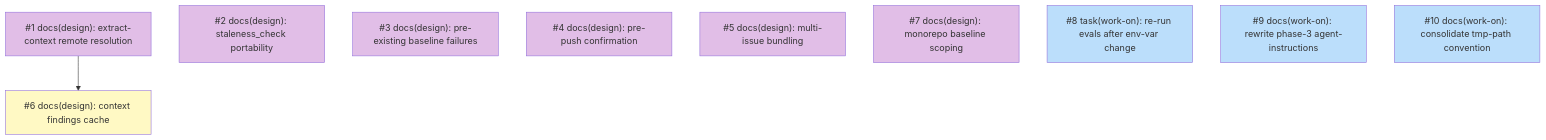
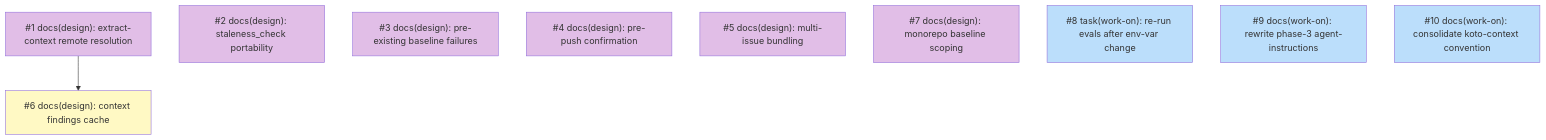
Before and after one commit to tsukumogami/shirabe: the diagram in docs/plans/PLAN-work-on-friction-fixes.md, drawn with Mermaid. The commit also changed other lines of this file and 4 other files, not shown here.

````diff
--- a/docs/plans/PLAN-work-on-friction-fixes.md
+++ b/docs/plans/PLAN-work-on-friction-fixes.md
@@ -87,29 +87,29 @@
 ```mermaid
 graph TD
   I1["#1 docs(design): extract-context remote resolution"]
   I2["#2 docs(design): staleness_check portability"]
   I3["#3 docs(design): pre-existing baseline failures"]
   I4["#4 docs(design): pre-push confirmation"]
   I5["#5 docs(design): multi-issue bundling"]
   I6["#6 docs(design): context findings cache"]
   I7["#7 docs(design): monorepo baseline scoping"]
   I8["#8 task(work-on): re-run evals after env-var change"]
   I9["#9 docs(work-on): rewrite phase-3 agent-instructions"]
-  I10["#10 docs(work-on): consolidate tmp-path convention"]
+  I10["#10 docs(work-on): consolidate koto-context convention"]
 
   I1 --> I6
 
   classDef done fill:#c8e6c9
   classDef ready fill:#bbdefb
   classDef blocked fill:#fff9c4
   classDef needsDesign fill:#e1bee7
   classDef needsPrd fill:#b3e5fc
   classDef needsSpike fill:#ffcdd2
   classDef needsDecision fill:#d1c4e9
   classDef tracksDesign fill:#FFE0B2,stroke:#F57C00,color:#000
   classDef tracksPlan fill:#FFE0B2,stroke:#F57C00,color:#000
 
   class I1,I2,I3,I4,I5,I7 needsDesign
   class I6 blocked
   class I8,I9,I10 ready
 ```
````
